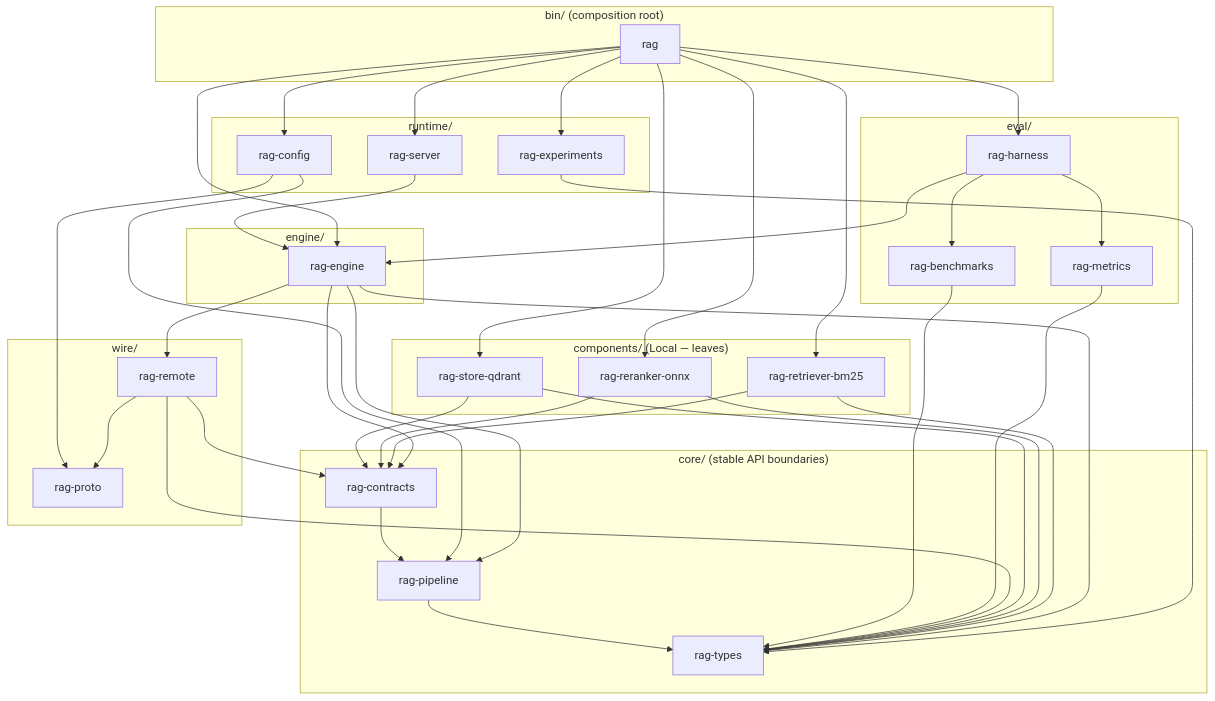
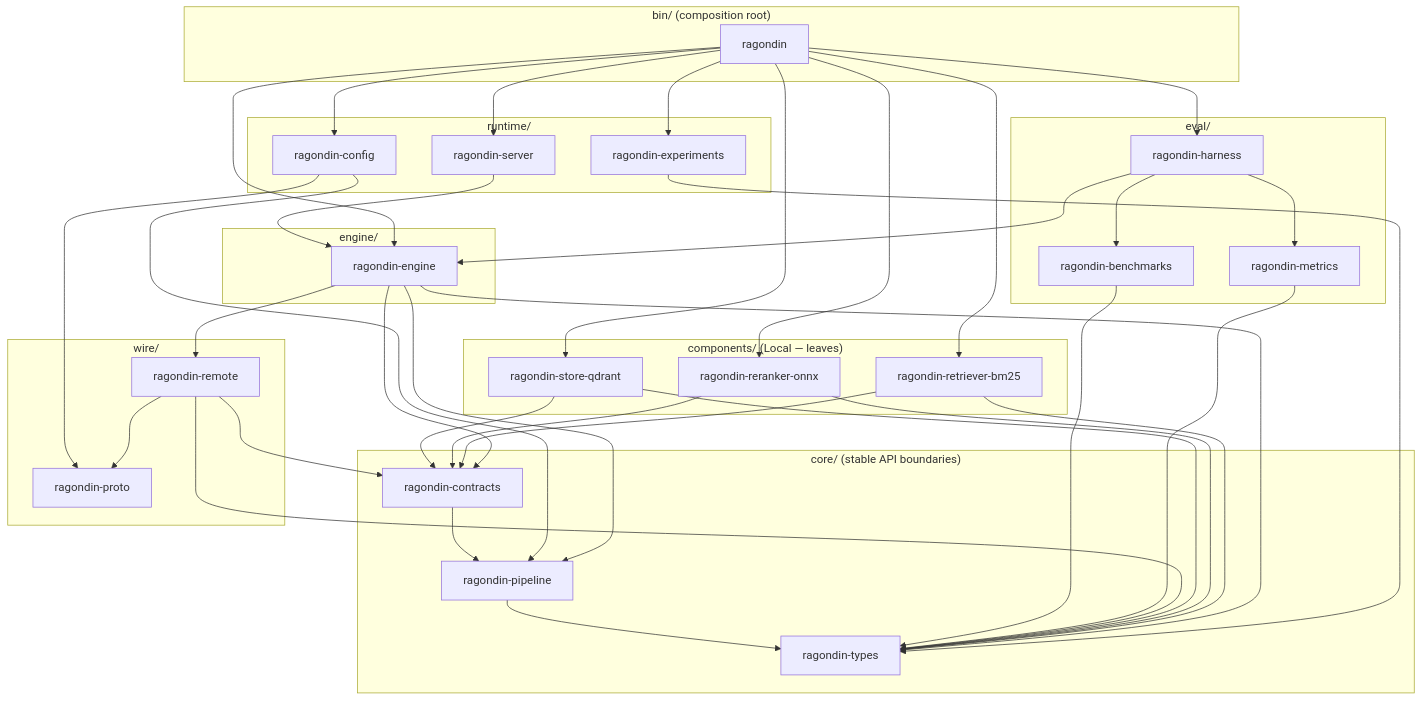
Before and after one commit to genesary/Ragondin: the first of 3 diagrams in docs/code-architecture.md, drawn with Mermaid. The commit also changed other lines of this file and 100 other files, not shown here.

````diff
--- a/docs/code-architecture.md
+++ b/docs/code-architecture.md
@@ -178,47 +178,47 @@
 ```mermaid
 flowchart TB
   subgraph BIN["bin/ (composition root)"]
-    RAG[rag]
+    RAG[ragondin]
   end
   subgraph RUNTIME["runtime/"]
-    SRV[rag-server]
-    EXP[rag-experiments]
-    CFG[rag-config]
+    SRV[ragondin-server]
+    EXP[ragondin-experiments]
+    CFG[ragondin-config]
   end
   subgraph EVAL["eval/"]
-    HAR[rag-harness]
-    MET[rag-metrics]
-    BEN[rag-benchmarks]
+    HAR[ragondin-harness]
+    MET[ragondin-metrics]
+    BEN[ragondin-benchmarks]
   end
   subgraph ENGINE["engine/"]
-    ENG[rag-engine]
+    ENG[ragondin-engine]
   end
   subgraph COMP["components/ (Local — leaves)"]
-    C1[rag-retriever-bm25]
-    C2[rag-reranker-onnx]
-    C3[rag-store-qdrant]
+    C1[ragondin-retriever-bm25]
+    C2[ragondin-reranker-onnx]
+    C3[ragondin-store-qdrant]
   end
   subgraph WIRE["wire/"]
-    PRO[rag-proto]
-    REM[rag-remote]
+    PRO[ragondin-proto]
+    REM[ragondin-remote]
   end
   subgraph CORE["core/ (stable API boundaries)"]
-    CON[rag-contracts]
-    PIP[rag-pipeline]
-    TYP[rag-types]
+    CON[ragondin-contracts]
+    PIP[ragondin-pipeline]
+    TYP[ragondin-types]
   end
 
   RAG --> SRV & HAR & EXP & CFG & ENG
   RAG --> C1 & C2 & C3
   SRV --> ENG
   HAR --> ENG & MET & BEN
   EXP --> TYP
   ENG --> CON & PIP & TYP & REM
   C1 & C2 & C3 --> CON & TYP
   REM --> CON & TYP & PRO
   MET --> TYP
   BEN --> TYP
   CFG --> PIP & PRO
   CON --> PIP
   PIP --> TYP
 ```
````
